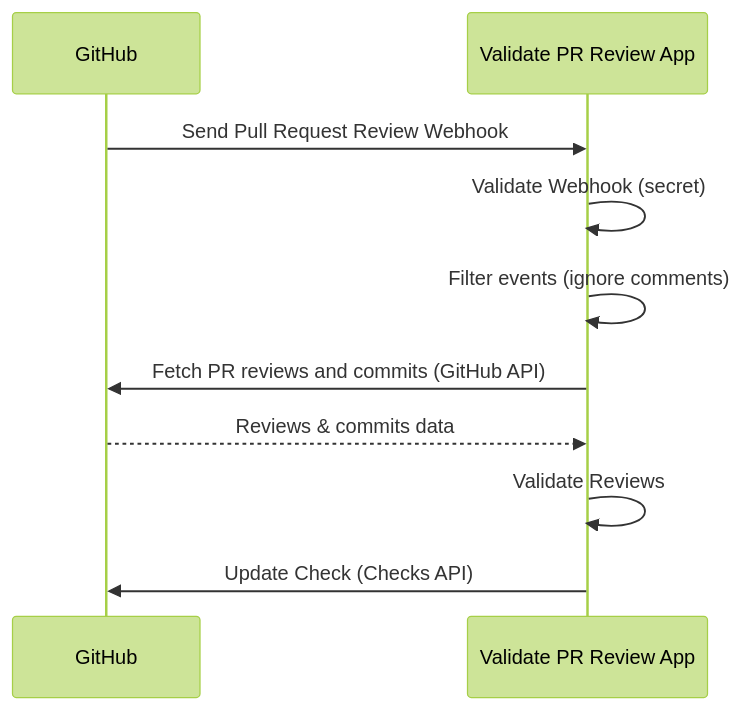
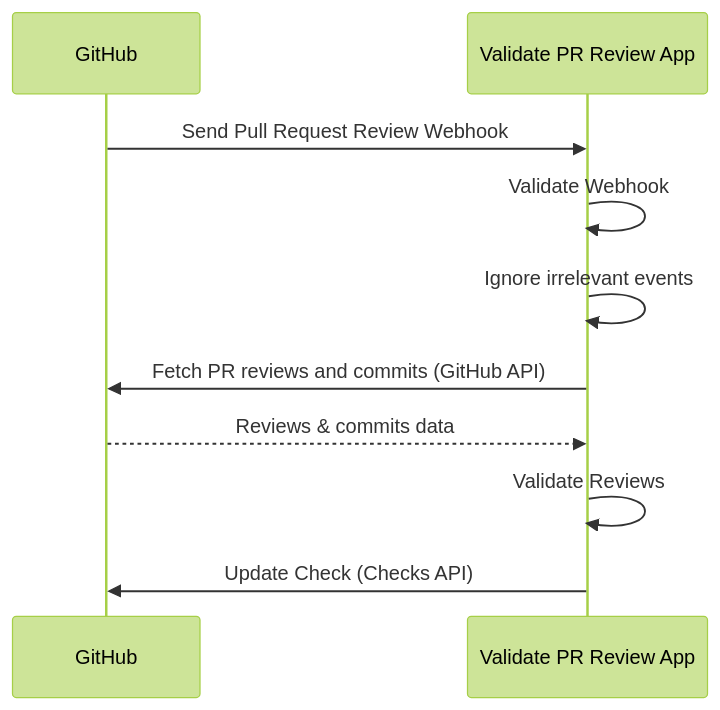
The diagram in README.md (suzuki-shunsuke/validate-pr-review-app), drawn with Mermaid (forest theme) before and after one commit. The commit also changed other lines of this file, not shown here.

````diff
--- a/README.md
+++ b/README.md
@@ -77,13 +42,13 @@
 ```mermaid
 sequenceDiagram
     participant GitHub
     participant ValidatePRReviewApp as Validate PR Review App
 
     GitHub ->> ValidatePRReviewApp: Send Pull Request Review Webhook
-    ValidatePRReviewApp ->> ValidatePRReviewApp: Validate Webhook (secret)
-    ValidatePRReviewApp ->> ValidatePRReviewApp: Filter events (ignore comments)
+    ValidatePRReviewApp ->> ValidatePRReviewApp: Validate Webhook
+    ValidatePRReviewApp ->> ValidatePRReviewApp: Ignore irrelevant events
     ValidatePRReviewApp ->> GitHub: Fetch PR reviews and commits (GitHub API)
     GitHub -->> ValidatePRReviewApp: Reviews & commits data
     ValidatePRReviewApp ->> ValidatePRReviewApp: Validate Reviews
     ValidatePRReviewApp ->> GitHub: Update Check (Checks API)
 ```
````
